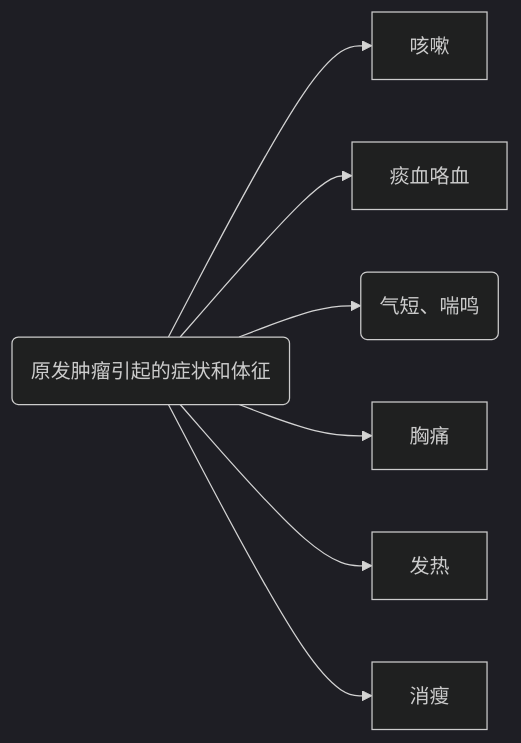
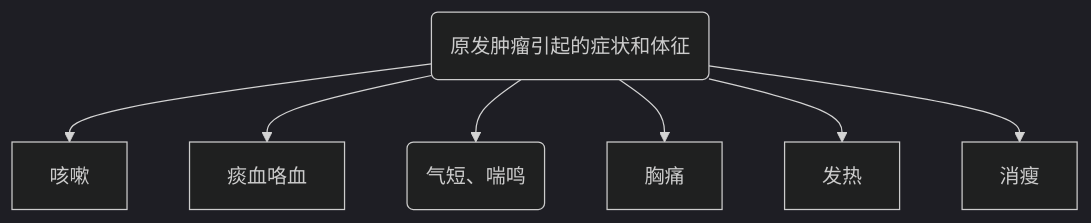
Before and after one commit to viket-vista/Notes: the fifth of 5 diagrams in 大三下/内科学.md, drawn with Mermaid (dark theme). The commit also changed other lines of this file, not shown here.

````diff
--- a/大三下/内科学.md
+++ b/大三下/内科学.md
@@ -165,9 +165,9 @@
 ```mermaid
-graph LR
+graph 
 A(原发肿瘤引起的症状和体征) --> 咳嗽
 A --> 痰血咯血
 A --> B("气短、喘鸣")
 A --> 胸痛
 A --> 发热
 A --> 消瘦
 ```
````
